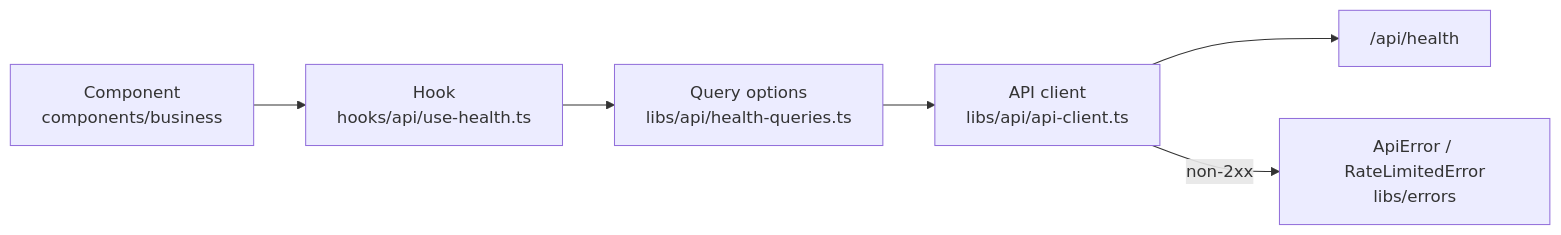
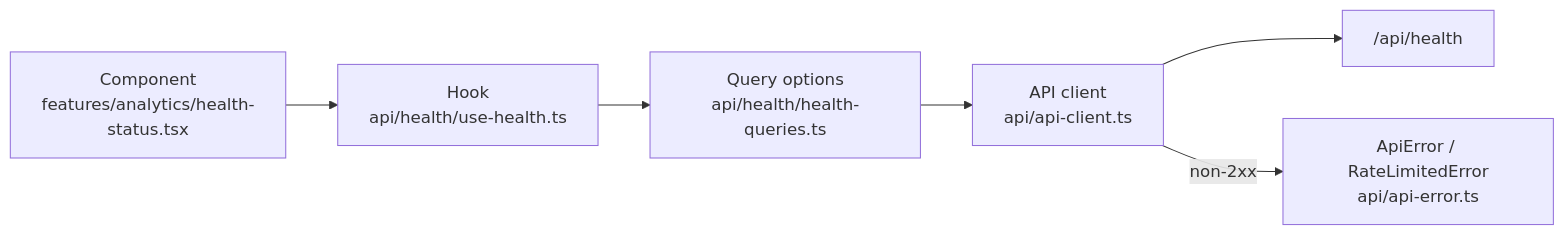
Before and after one commit to nitzanto/ratewatch: the second of 3 diagrams in apps/docs/src/content/docs/architecture/frontend.md, drawn with Mermaid. The commit also changed other lines of this file and 260 other files, not shown here.

````diff
--- a/apps/docs/src/content/docs/architecture/frontend.md
+++ b/apps/docs/src/content/docs/architecture/frontend.md
@@ -78,8 +94,8 @@
 ```mermaid
 flowchart LR
-  component["Component<br/>components/business"] --> hook["Hook<br/>hooks/api/use-health.ts"]
-  hook --> factory["Query options<br/>libs/api/health-queries.ts"]
-  factory --> client["API client<br/>libs/api/api-client.ts"]
+  component["Component<br/>features/analytics/health-status.tsx"] --> hook["Hook<br/>api/health/use-health.ts"]
+  hook --> factory["Query options<br/>api/health/health-queries.ts"]
+  factory --> client["API client<br/>api/api-client.ts"]
   client --> api["/api/health"]
-  client -- "non-2xx" --> errors["ApiError / RateLimitedError<br/>libs/errors"]
+  client -- "non-2xx" --> errors["ApiError / RateLimitedError<br/>api/api-error.ts"]
 ```
````
